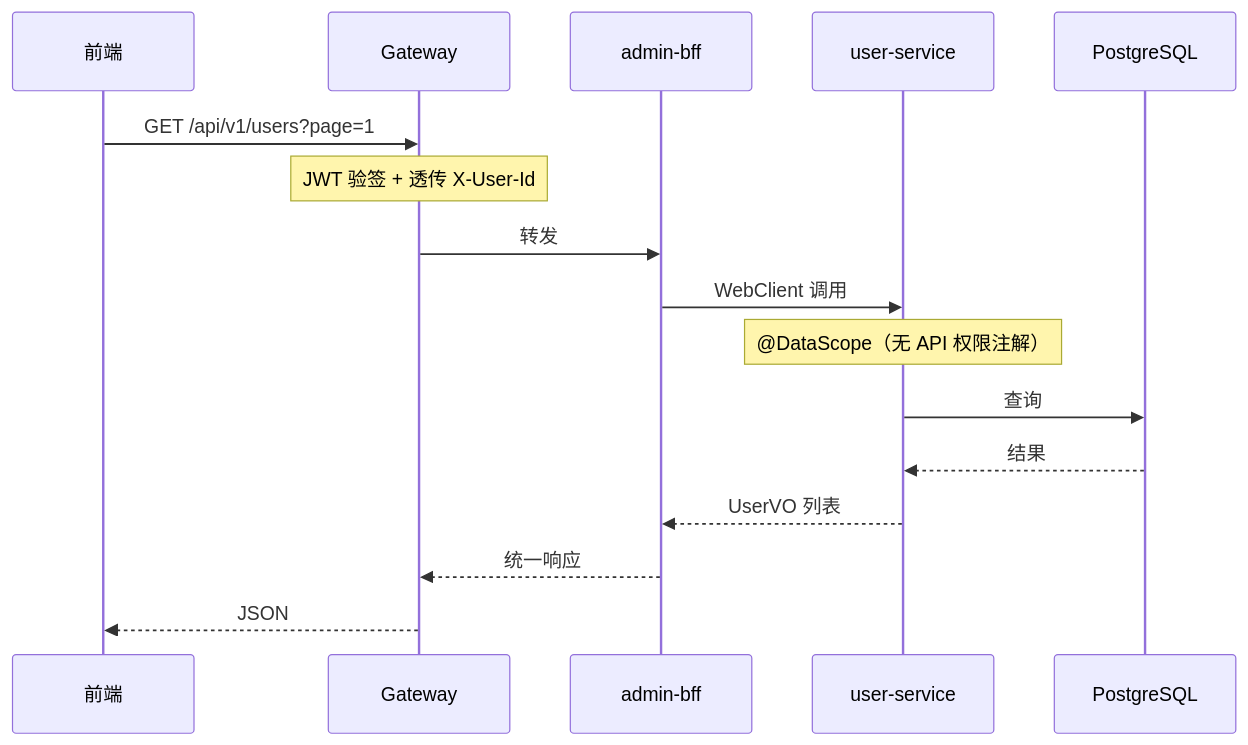
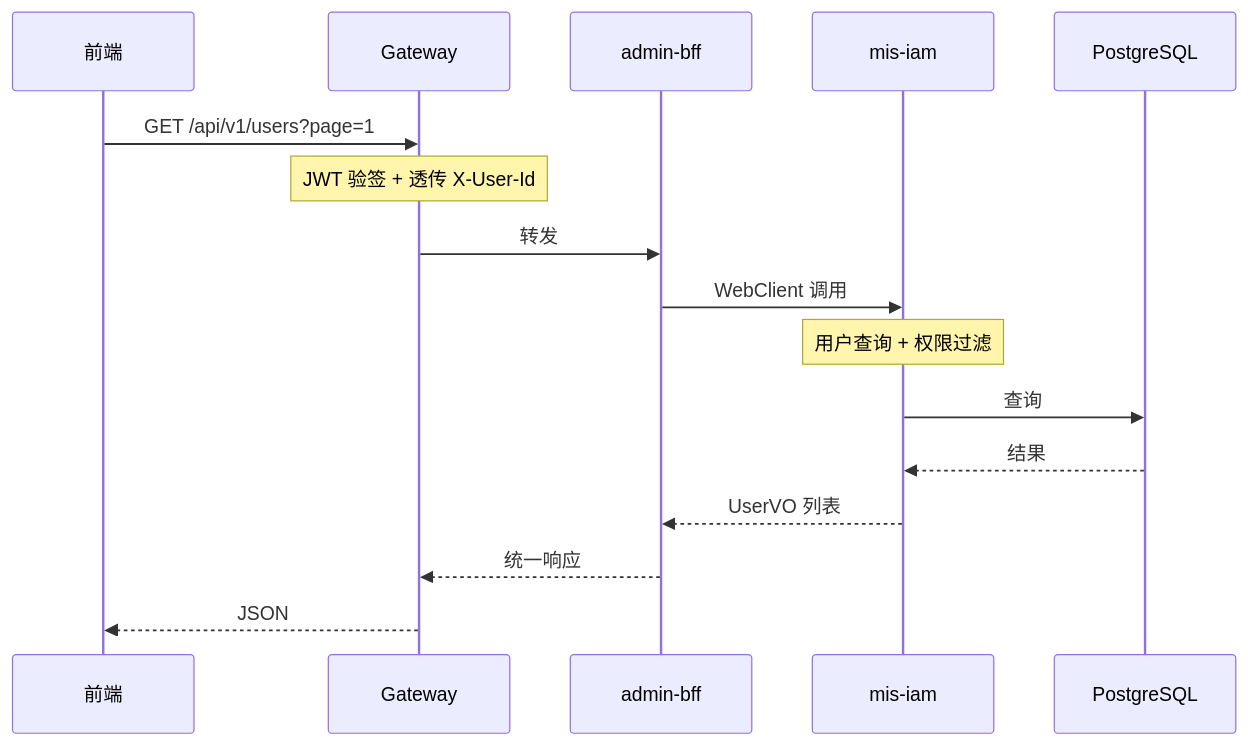
Before and after one commit to 13961588612/mis-platform: the second of 2 diagrams in docs/architecture/02-system-architecture.md, drawn with Mermaid. The commit also changed other lines of this file and 30 other files, not shown here.

Commit message:
模块整理 mis-org+mis-user->mis-org mis-rabs->mis-iam  mis-api->mis-system

````diff
--- a/docs/architecture/02-system-architecture.md
+++ b/docs/architecture/02-system-architecture.md
@@ -76,19 +74,19 @@
 ```mermaid
 sequenceDiagram
     participant FE as 前端
     participant GW as Gateway
     participant BFF as admin-bff
-    participant Svc as user-service
+    participant IAM as mis-iam
     participant DB as PostgreSQL
 
     FE->>GW: GET /api/v1/users?page=1
     Note over GW: JWT 验签 + 透传 X-User-Id
     GW->>BFF: 转发
-    BFF->>Svc: WebClient 调用
-    Note over Svc: @DataScope（无 API 权限注解）
-    Svc->>DB: 查询
-    DB-->>Svc: 结果
-    Svc-->>BFF: UserVO 列表
+    BFF->>IAM: WebClient 调用
+    Note over IAM: 用户查询 + 权限过滤
+    IAM->>DB: 查询
+    DB-->>IAM: 结果
+    IAM-->>BFF: UserVO 列表
     BFF-->>GW: 统一响应
     GW-->>FE: JSON
 ```
````
